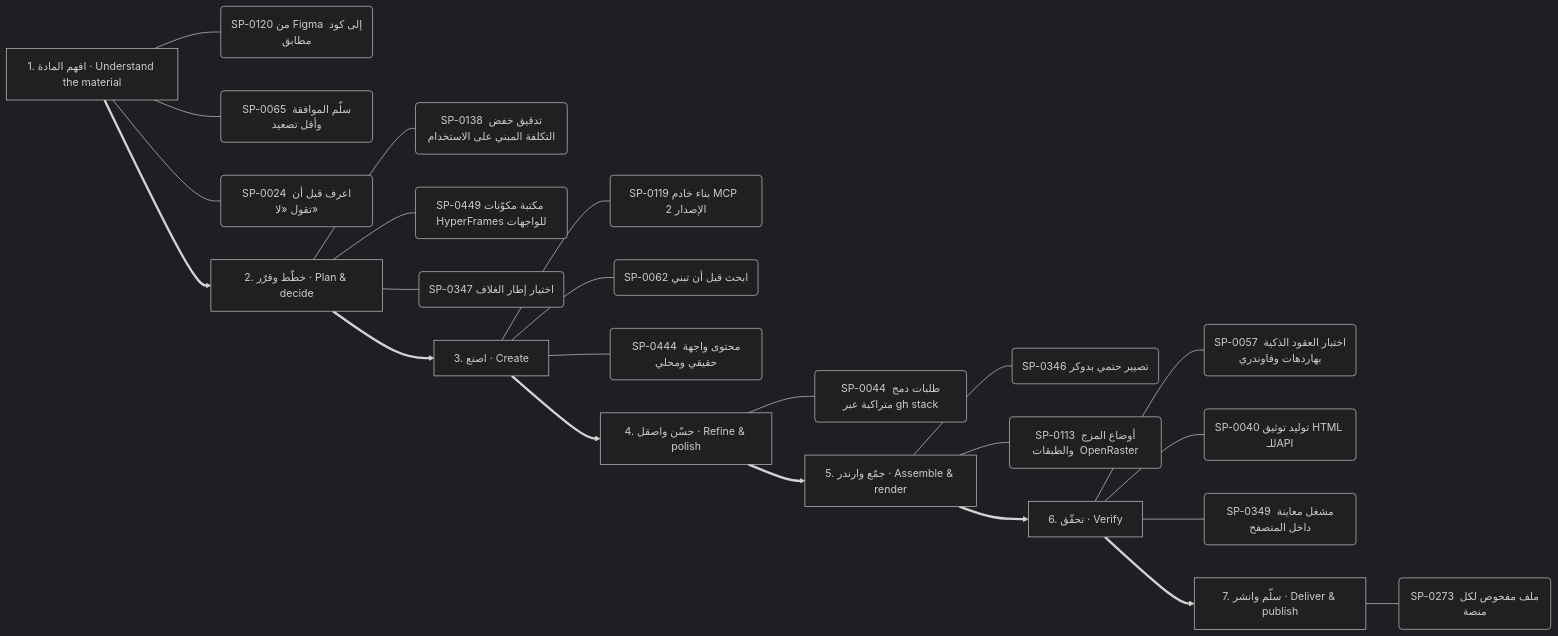
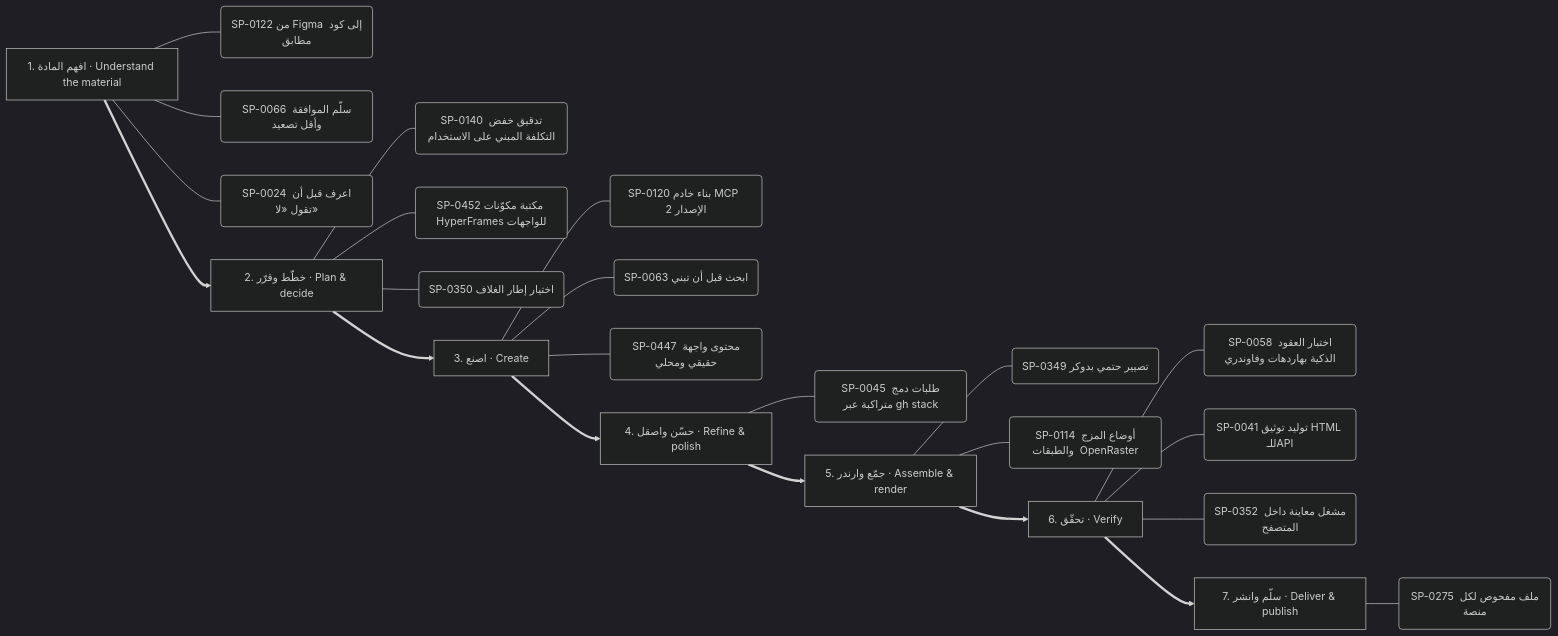
One commit to kosif199022-jpg/kosif-tool changed the ninth of 13 diagrams in .claude/skills/kosif-superpowers/references/capability-mindmap.md. Above: the diagram before and after it, drawn with Mermaid (dark theme). The commit also changed other lines of this file and 48 other files, not shown here.

````diff
--- a/.claude/skills/kosif-superpowers/references/capability-mindmap.md
+++ b/.claude/skills/kosif-superpowers/references/capability-mindmap.md
@@ -455,32 +455,32 @@
 ```mermaid
 flowchart LR
   S0["1. افهم المادة · Understand the material"]
-  S0 --- S0_0("SP-0120 من Figma إلى كود مطابق")
-  S0 --- S0_1("SP-0065 سلّم الموافقة وأقل تصعيد")
+  S0 --- S0_0("SP-0122 من Figma إلى كود مطابق")
+  S0 --- S0_1("SP-0066 سلّم الموافقة وأقل تصعيد")
   S0 --- S0_2("SP-0024 اعرف قبل أن تقول «لا»")
   S1["2. خطّط وقرّر · Plan & decide"]
-  S1 --- S1_0("SP-0138 تدقيق خفض التكلفة المبني على الاستخدام")
-  S1 --- S1_1("SP-0449 مكتبة مكوّنات HyperFrames للواجهات")
-  S1 --- S1_2("SP-0347 اختيار إطار الغلاف")
+  S1 --- S1_0("SP-0140 تدقيق خفض التكلفة المبني على الاستخدام")
+  S1 --- S1_1("SP-0452 مكتبة مكوّنات HyperFrames للواجهات")
+  S1 --- S1_2("SP-0350 اختيار إطار الغلاف")
   S0 ==> S1
   S2["3. اصنع · Create"]
-  S2 --- S2_0("SP-0119 بناء خادم MCP  الإصدار 2 ")
-  S2 --- S2_1("SP-0062 ابحث قبل أن تبني")
-  S2 --- S2_2("SP-0444 محتوى واجهة حقيقي ومحلي")
+  S2 --- S2_0("SP-0120 بناء خادم MCP  الإصدار 2 ")
+  S2 --- S2_1("SP-0063 ابحث قبل أن تبني")
+  S2 --- S2_2("SP-0447 محتوى واجهة حقيقي ومحلي")
   S1 ==> S2
   S3["4. حسّن واصقل · Refine & polish"]
-  S3 --- S3_0("SP-0044 طلبات دمج متراكبة عبر gh stack")
+  S3 --- S3_0("SP-0045 طلبات دمج متراكبة عبر gh stack")
   S2 ==> S3
   S4["5. جمّع وارندر · Assemble & render"]
-  S4 --- S4_0("SP-0346 تصيير حتمي بدوكر")
-  S4 --- S4_1("SP-0113 أوضاع المزج والطبقات  OpenRaster ")
+  S4 --- S4_0("SP-0349 تصيير حتمي بدوكر")
+  S4 --- S4_1("SP-0114 أوضاع المزج والطبقات  OpenRaster ")
   S3 ==> S4
   S5["6. تحقّق · Verify"]
-  S5 --- S5_0("SP-0057 اختبار العقود الذكية بهاردهات وفاوندري")
-  S5 --- S5_1("SP-0040 توليد توثيق HTML للـAPI")
-  S5 --- S5_2("SP-0349 مشغل معاينة داخل المتصفح")
+  S5 --- S5_0("SP-0058 اختبار العقود الذكية بهاردهات وفاوندري")
+  S5 --- S5_1("SP-0041 توليد توثيق HTML للـAPI")
+  S5 --- S5_2("SP-0352 مشغل معاينة داخل المتصفح")
   S4 ==> S5
   S6["7. سلّم وانشر · Deliver & publish"]
-  S6 --- S6_0("SP-0273 ملف مفحوص لكل منصة")
+  S6 --- S6_0("SP-0275 ملف مفحوص لكل منصة")
   S5 ==> S6
 ```
````
